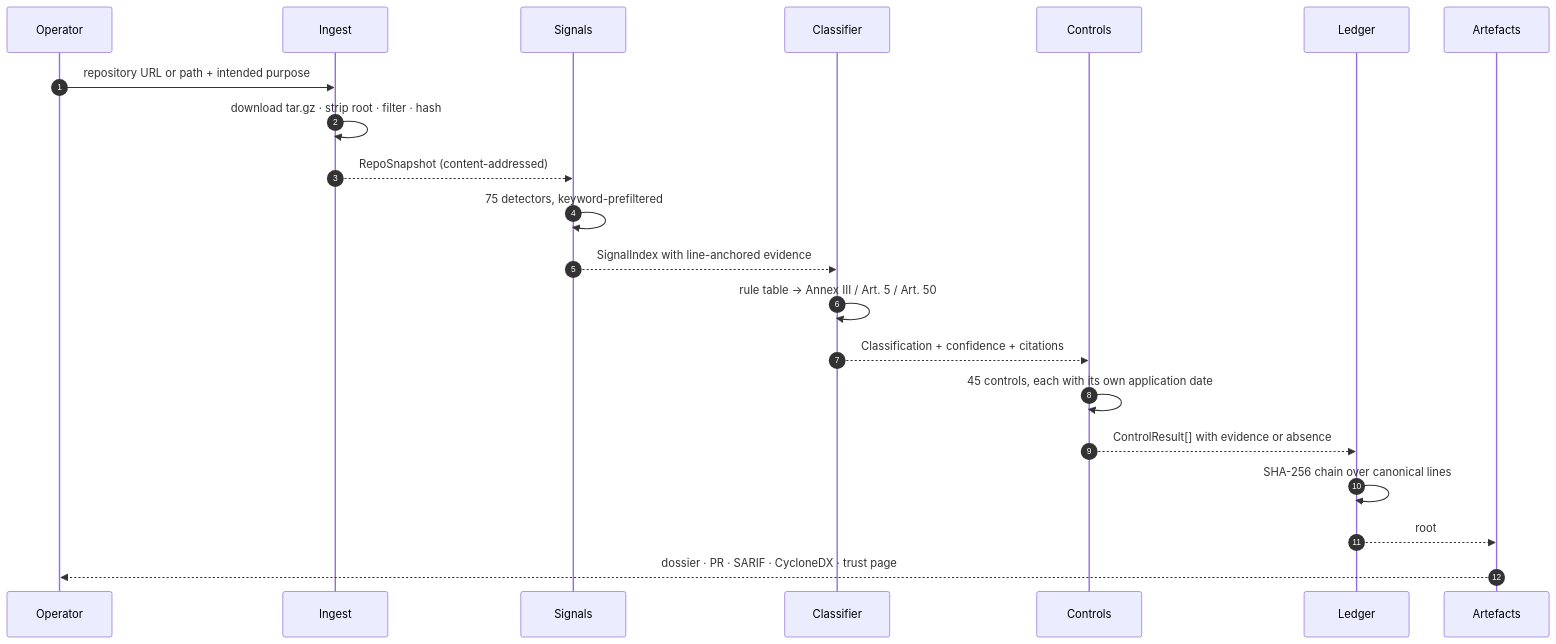
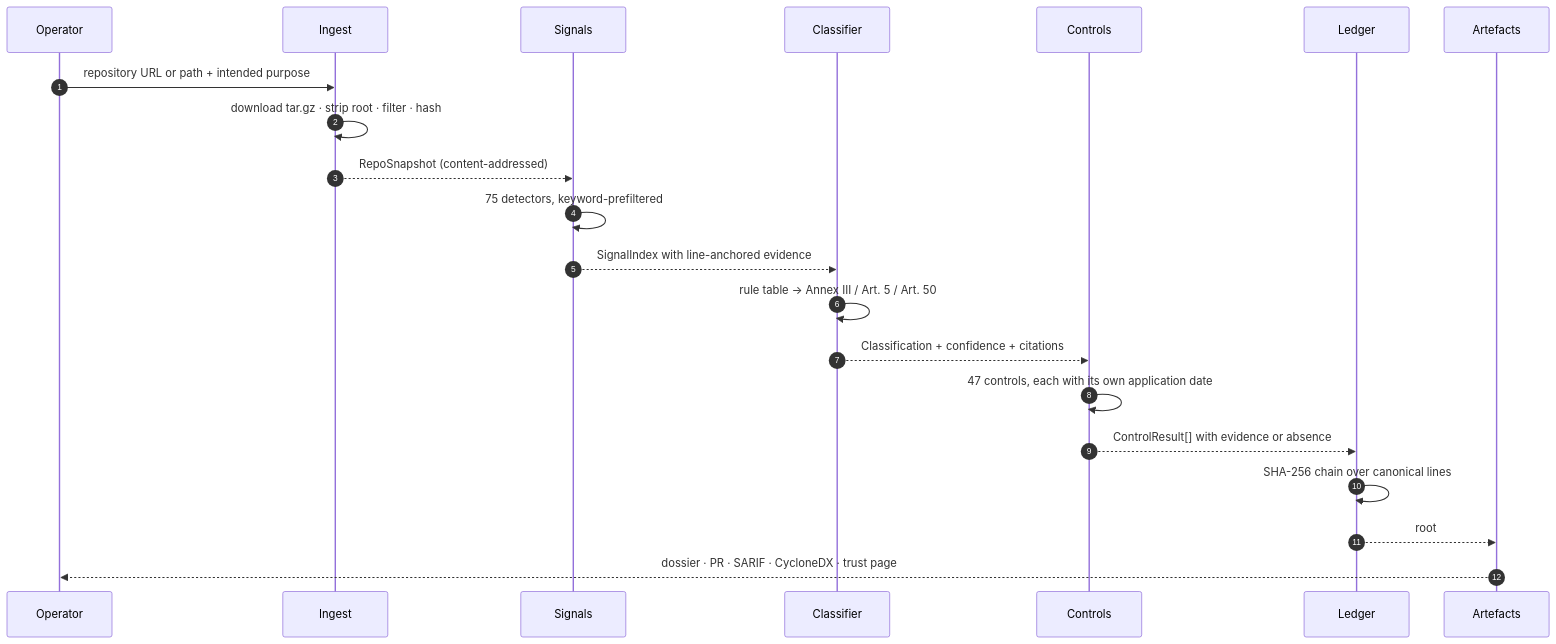
The diagram in docs/ARCHITECTURE.md (shi1720/LexHack), drawn with Mermaid before and after one commit. The commit also changed other lines of this file and 50 other files, not shown here.

````diff
--- a/docs/ARCHITECTURE.md
+++ b/docs/ARCHITECTURE.md
@@ -13,24 +13,24 @@
 ```mermaid
 sequenceDiagram
     autonumber
     participant U as Operator
     participant I as Ingest
     participant S as Signals
     participant C as Classifier
     participant E as Controls
     participant L as Ledger
     participant A as Artefacts
 
     U->>I: repository URL or path + intended purpose
     I->>I: download tar.gz · strip root · filter · hash
     I-->>S: RepoSnapshot (content-addressed)
     S->>S: 75 detectors, keyword-prefiltered
     S-->>C: SignalIndex with line-anchored evidence
     C->>C: rule table → Annex III / Art. 5 / Art. 50
     C-->>E: Classification + confidence + citations
-    E->>E: 45 controls, each with its own application date
+    E->>E: 47 controls, each with its own application date
     E-->>L: ControlResult[] with evidence or absence
     L->>L: SHA-256 chain over canonical lines
     L-->>A: root
     A-->>U: dossier · PR · SARIF · CycloneDX · trust page
 ```
````
